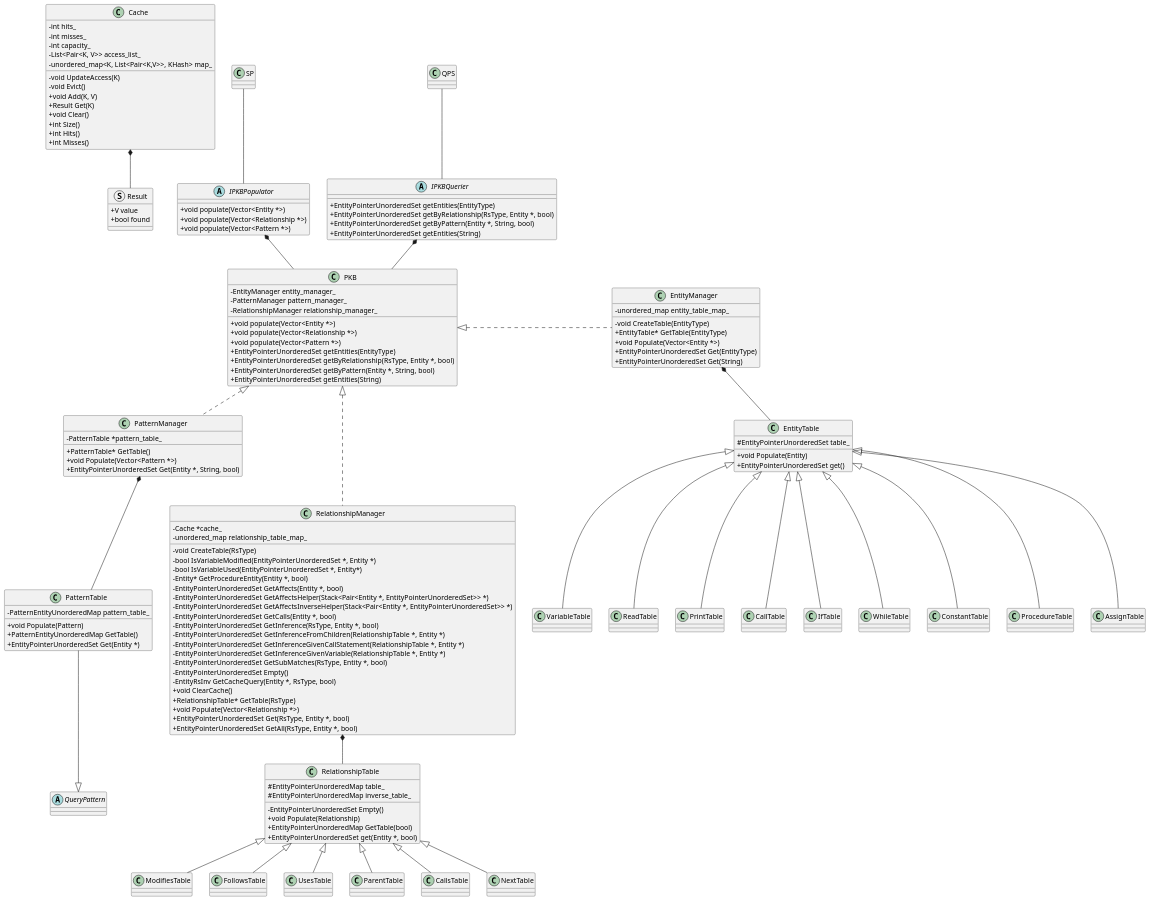
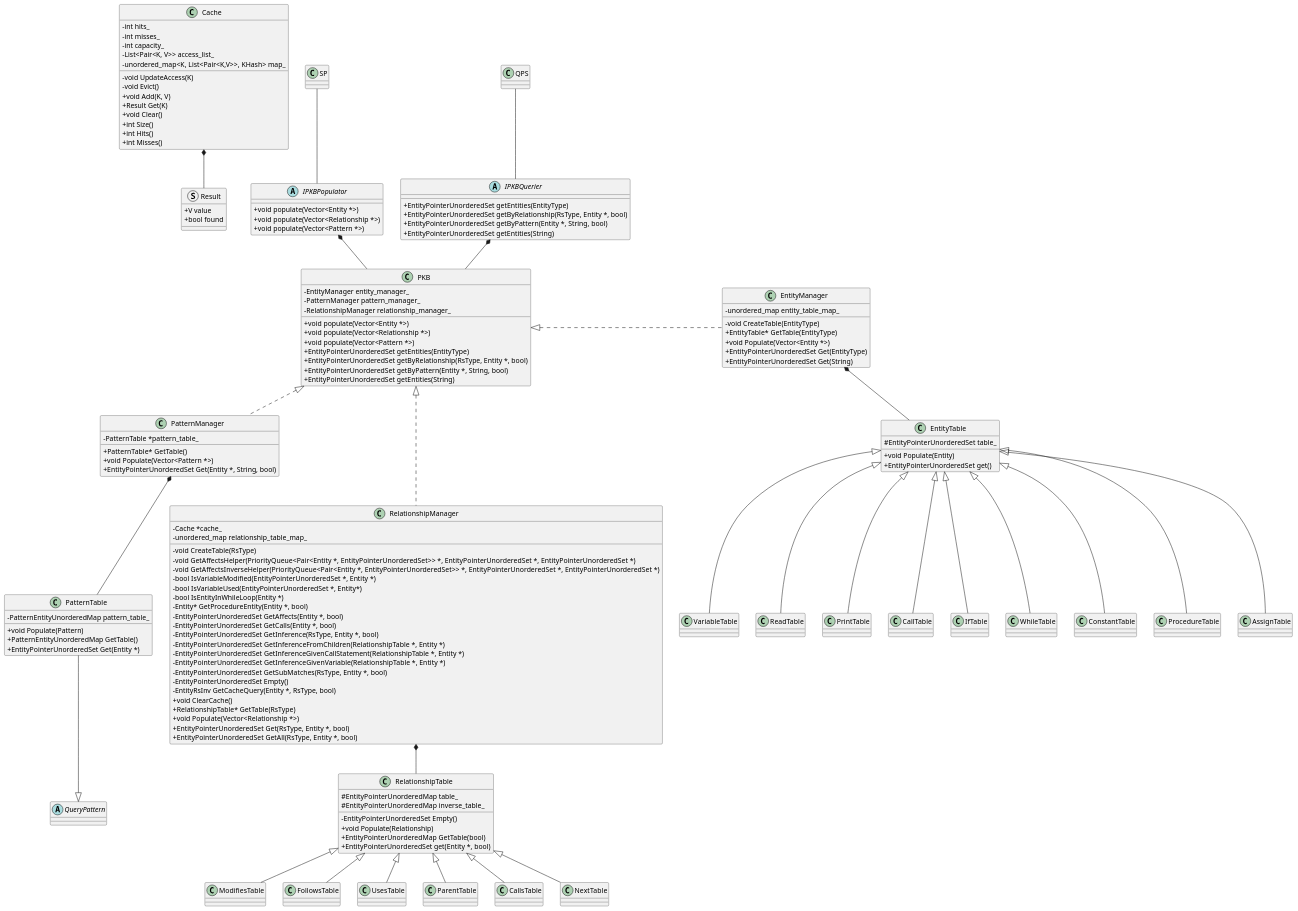
The diagram in docs/diagrams/PKBClassDiagram.puml (mazx4960/static-analyzer), drawn with PlantUML before and after one commit. The commit also changed 1 other file, not shown here.

Commit message:
docs: change function parameters in diagram

```diff
--- a/docs/diagrams/PKBClassDiagram.puml
+++ b/docs/diagrams/PKBClassDiagram.puml
@@ -44,12 +44,13 @@
     -Cache *cache_
     -unordered_map relationship_table_map_
     -void CreateTable(RsType)
+    -void GetAffectsHelper(PriorityQueue<Pair<Entity *, EntityPointerUnorderedSet>> *, EntityPointerUnorderedSet *, EntityPointerUnorderedSet *)
+    -void GetAffectsInverseHelper(PriorityQueue<Pair<Entity *, EntityPointerUnorderedSet>> *, EntityPointerUnorderedSet *, EntityPointerUnorderedSet *)
     -bool IsVariableModified(EntityPointerUnorderedSet *, Entity *)
     -bool IsVariableUsed(EntityPointerUnorderedSet *, Entity*)
+    -bool IsEntityInWhileLoop(Entity *)
     -Entity* GetProcedureEntity(Entity *, bool)
     -EntityPointerUnorderedSet GetAffects(Entity *, bool)
-    -EntityPointerUnorderedSet GetAffectsHelper(Stack<Pair<Entity *, EntityPointerUnorderedSet>> *)
-    -EntityPointerUnorderedSet GetAffectsInverseHelper(Stack<Pair<Entity *, EntityPointerUnorderedSet>> *)
     -EntityPointerUnorderedSet GetCalls(Entity *, bool)
     -EntityPointerUnorderedSet GetInference(RsType, Entity *, bool)
     -EntityPointerUnorderedSet GetInferenceFromChildren(RelationshipTable *, Entity *)
```
